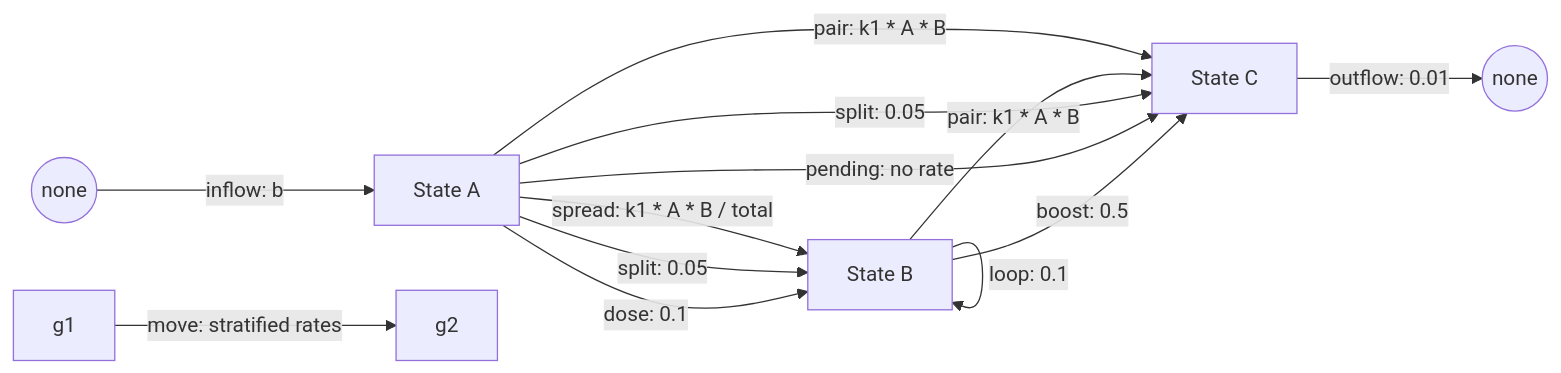
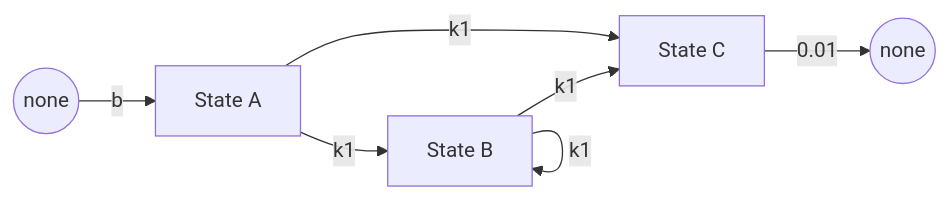
One commit to MUNQU/commol changed the first of 2 diagrams in py-commol/tests/description/snapshots/render_every_flow_default.md. Above: the diagram before and after it, drawn with Mermaid. The commit also changed other lines of this file and 22 other files, not shown here.

Commit message:
feat(description): the state graphs show the moves between categories and the parameters of each edge (#411)

````diff
--- a/py-commol/tests/description/snapshots/render_every_flow_default.md
+++ b/py-commol/tests/description/snapshots/render_every_flow_default.md
@@ -46,23 +46,14 @@
 ```mermaid
 flowchart LR
     n0["State A"]
     n1["State B"]
     n2["State C"]
-    n3["g1"]
-    n4["g2"]
-    n0 -->|"pair: k1 * A * B"| n2
-    n1 -->|"pair: k1 * A * B"| n2
-    n0 -->|"spread: k1 * A * B / total"| n1
-    n1 -->|"spread: k1 * A * B / total"| n1
-    n0 -->|"split: 0.05"| n1
-    n0 -->|"split: 0.05"| n2
-    n1 -->|"loop: 0.1"| n1
-    in7(("none"))
-    in7 -->|"inflow: b"| n0
-    n0 -->|"dose: 0.1"| n1
-    out9(("none"))
-    n2 -->|"outflow: 0.01"| out9
-    n3 -->|"move: stratified rates"| n4
-    n0 -->|"pending: no rate"| n2
-    n1 -->|"boost: 0.5"| n2
+    inflow(("none"))
+    outflow(("none"))
+    n0 -->|"k1"| n2
+    n1 -->|"k1"| n2
+    n0 -->|"k1"| n1
+    n1 -->|"k1"| n1
+    inflow -->|"b"| n0
+    n2 -->|"0.01"| outflow
 ```
````
